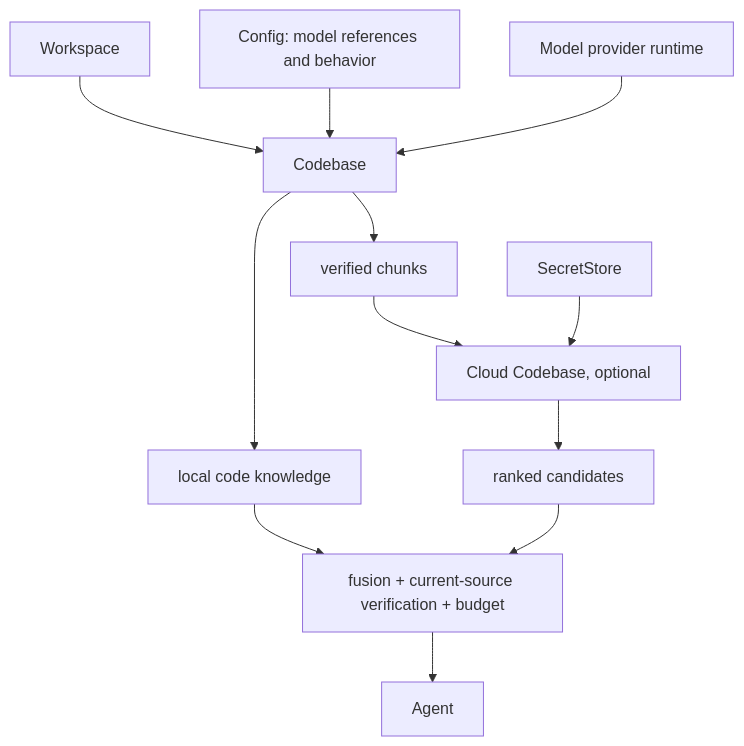
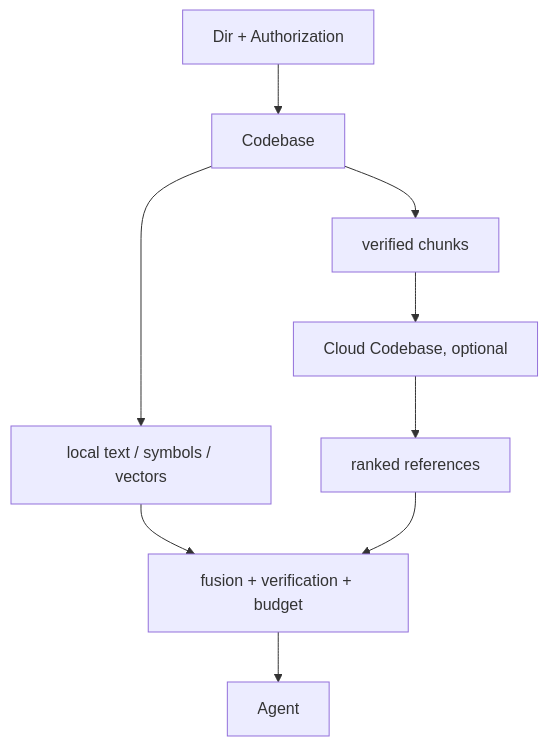
One commit to chogng/zeta changed the diagram in docs/codebase.md. Above: the diagram before and after it, drawn with Mermaid. The commit also changed other lines of this file and 950 other files, not shown here.

````diff
--- a/docs/codebase.md
+++ b/docs/codebase.md
@@ -22,14 +16,11 @@
 ```mermaid
 flowchart TD
-    Workspace["Workspace"] --> Codebase["Codebase"]
-    Codebase --> LocalData["local code knowledge"]
-    Config["Config: model references and behavior"] --> Codebase
-    ModelRuntime["Model provider runtime"] --> Codebase
+    Dir["Dir + Authorization"] --> Codebase
+    Codebase --> Local["local text / symbols / vectors"]
     Codebase --> Verified["verified chunks"]
     Verified --> Cloud["Cloud Codebase, optional"]
-    SecretStore["SecretStore"] --> Cloud
-    Cloud --> Candidates["ranked candidates"]
-    LocalData --> Final["fusion + current-source verification + budget"]
+    Cloud --> Candidates["ranked references"]
+    Local --> Final["fusion + verification + budget"]
     Candidates --> Final
-    Final --> Agent["Agent"]
+    Final --> Agent
 ```
````
